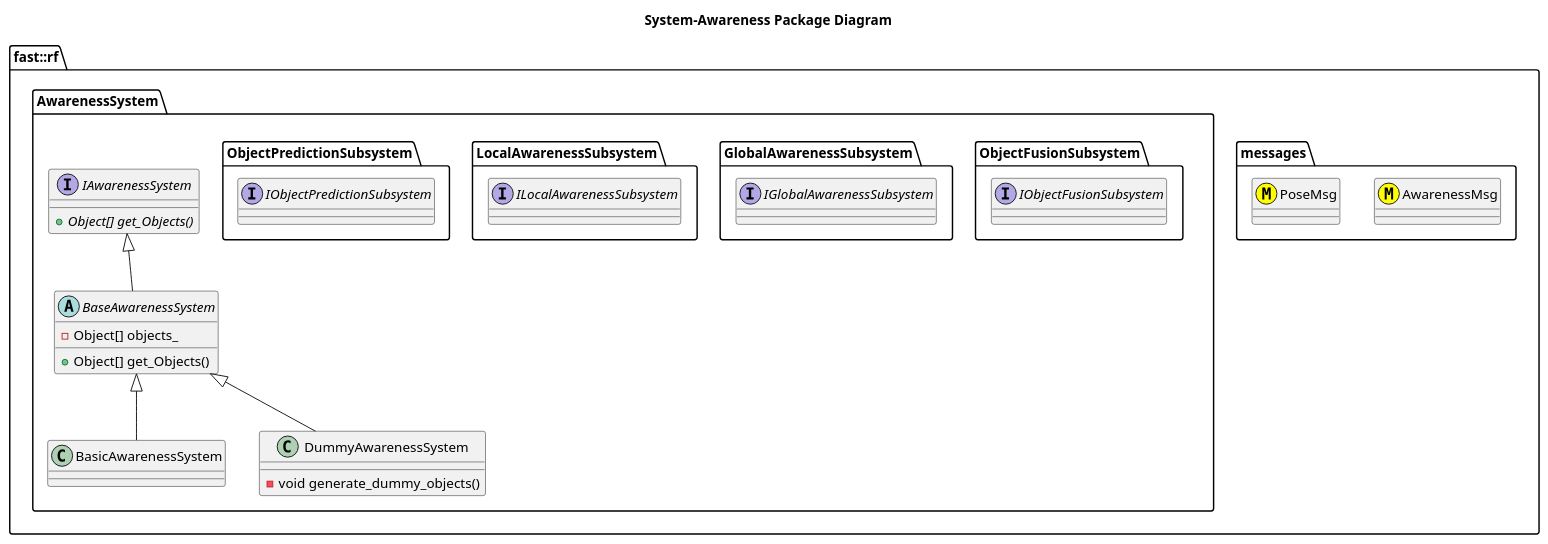
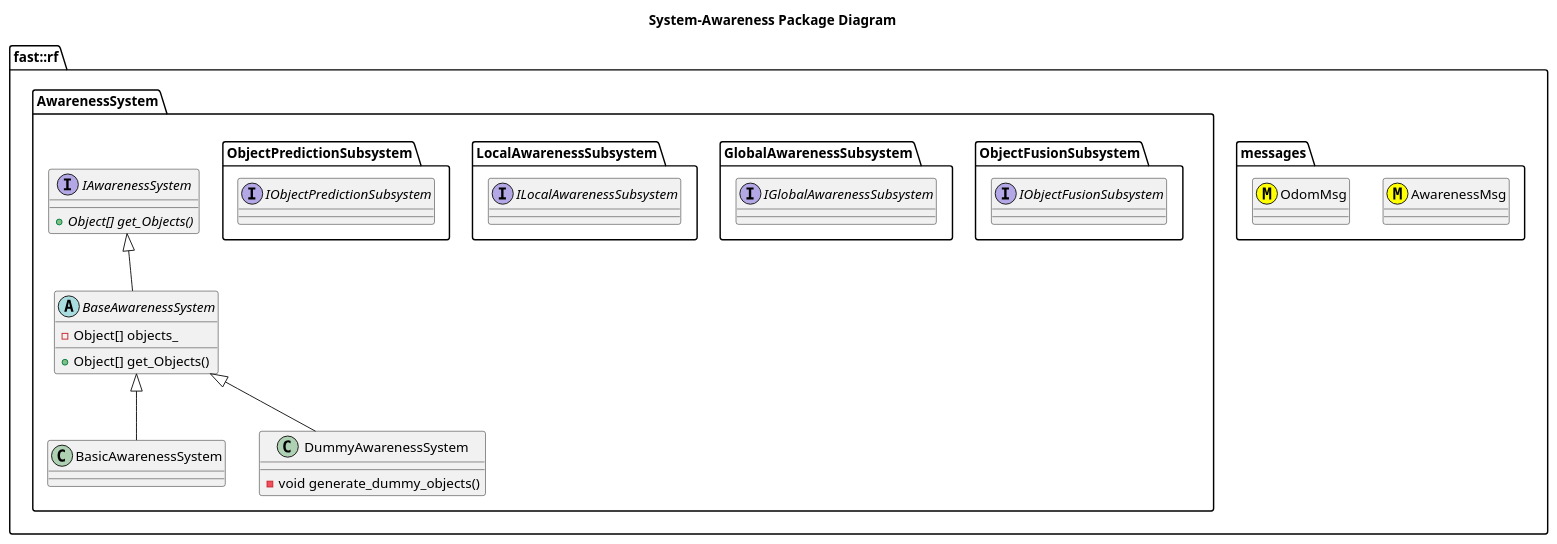
Before and after one commit to fastrobotics/robot_framework: the diagram in Systems/Awareness/doc/puml/SystemAwarenessPackageDiagram.puml, drawn with PlantUML. The commit also changed 1 other file, not shown here.

```diff
--- a/Systems/Awareness/doc/puml/SystemAwarenessPackageDiagram.puml
+++ b/Systems/Awareness/doc/puml/SystemAwarenessPackageDiagram.puml
@@ -1,44 +1,44 @@
 @startuml
 title System-Awareness Package Diagram
 
 namespace fast::rf {
   namespace messages {
     class AwarenessMsg <<(M,#FFFF00) >>
-    class PoseMsg <<(M,#FFFF00) >>
+    class OdomMsg <<(M,#FFFF00) >>
   }
   namespace AwarenessSystem {
     together {
       namespace ObjectFusionSubsystem {
         interface IObjectFusionSubsystem
 
       }
       namespace GlobalAwarenessSubsystem {
         interface IGlobalAwarenessSubsystem
       }
       namespace LocalAwarenessSubsystem {
         interface ILocalAwarenessSubsystem
       }
       namespace ObjectPredictionSubsystem {
         interface IObjectPredictionSubsystem
       }
     }
     interface IAwarenessSystem {
       +{abstract} Object[] get_Objects()
     }
     abstract BaseAwarenessSystem {
       +Object[] get_Objects()
       -Object[] objects_
     }
     IAwarenessSystem <|-- BaseAwarenessSystem
     class BasicAwarenessSystem {
 
     }
     BaseAwarenessSystem <|-- BasicAwarenessSystem
     class DummyAwarenessSystem {
       -void generate_dummy_objects()
 
     }
     BaseAwarenessSystem <|-- DummyAwarenessSystem
   }
 }
 @enduml
```
